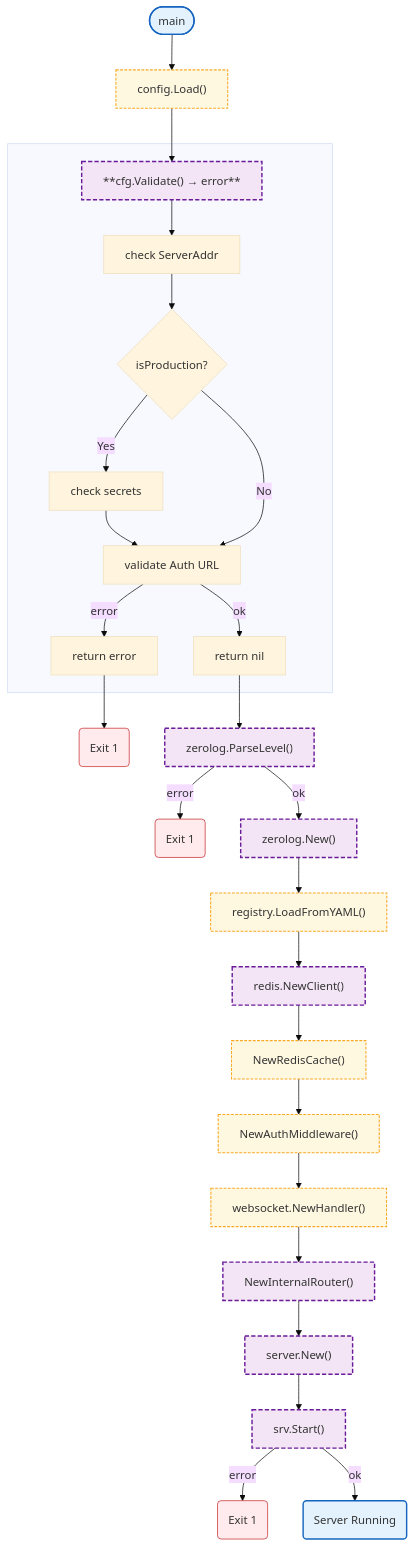
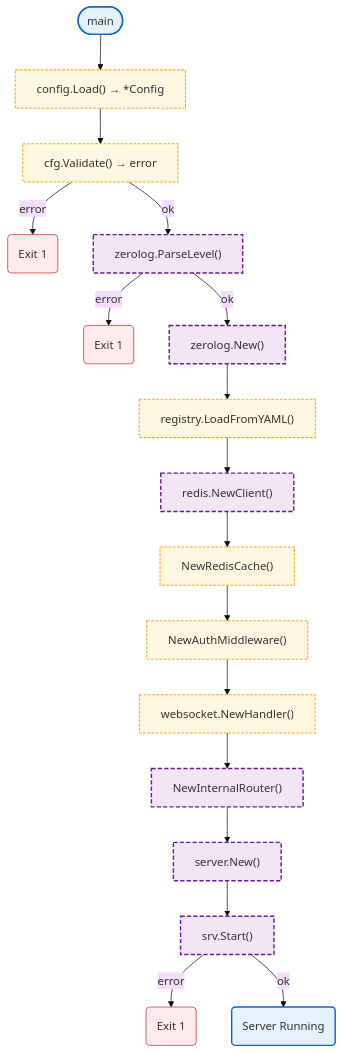
One commit to radch-ai/ava changed the diagram in docs/cmd/gateway.md. Above: the diagram before and after it, drawn with Mermaid (base theme). The commit also changed other lines of this file and 36 other files, not shown here.

First line of the commit message:
refactor: remove auth service references, make redis required

````diff
--- a/docs/cmd/gateway.md
+++ b/docs/cmd/gateway.md
@@ -7,47 +7,36 @@
 ```mermaid
 flowchart TB
-    Start([main]) --> LoadCfg["config.Load()"]
-    LoadCfg --> HValidate
-
-    subgraph SGValidate [" "]
-        HValidate["**cfg.Validate() → error**"]
-        HValidate --> CheckAddr["check ServerAddr"]
-        CheckAddr --> CheckProd{isProduction?}
-        CheckProd -->|Yes| CheckSecrets["check secrets"]
-        CheckSecrets --> CheckURL["validate Auth URL"]
-        CheckProd -->|No| CheckURL
-        CheckURL -->|ok| ValidNil["return nil"]
-        CheckURL -->|error| ValidErr["return error"]
-    end
-
-    ValidErr --> Exit1("Exit 1")
-    ValidNil --> ParseLevel["zerolog.ParseLevel()"]
+    Start([main]) --> LoadCfg["config.Load() → *Config"]
+    LoadCfg --> ValidateCfg["cfg.Validate() → error"]
+    ValidateCfg -->|error| Exit1("Exit 1")
+    ValidateCfg -->|ok| ParseLevel["zerolog.ParseLevel()"]
     ParseLevel -->|error| Exit2("Exit 1")
     ParseLevel -->|ok| CreateLogger["zerolog.New()"]
     CreateLogger --> LoadModels["registry.LoadFromYAML()"]
     LoadModels --> InitRedis["redis.NewClient()"]
     InitRedis --> CreateCache["NewRedisCache()"]
     CreateCache --> CreateAuthMW["NewAuthMiddleware()"]
     CreateAuthMW --> CreateWS["websocket.NewHandler()"]
     CreateWS --> CreateInternal["NewInternalRouter()"]
     CreateInternal --> CreateServer["server.New()"]
     CreateServer --> StartServer["srv.Start()"]
     StartServer -->|error| Exit3("Exit 1")
     StartServer -->|ok| Running("Server Running")
 
     click LoadCfg href "../config/README.md"
+    click ValidateCfg href "../config/README.md"
     click LoadModels href "../internal/llm-proxy/models.md"
     click CreateCache href "../internal/server/README.md"
     click CreateAuthMW href "../internal/server/README.md"
     click CreateWS href "../internal/websocket.md"
 
     classDef mainFn fill:#e3f2fd,stroke:#1565c0,stroke-width:2px
     classDef internalFn fill:#f3e5f5,stroke:#6a1b9a,stroke-width:2px,stroke-dasharray:6 3
     classDef localPkgs fill:#fff8e1,stroke:#f9a825,stroke-width:1.5px,stroke-dasharray:4 2
     classDef errorFlow fill:#ffebee,stroke:#c62828,stroke-width:1px
 
     class Start,Running mainFn
     class Exit1,Exit2,Exit3 errorFlow
-    class LoadCfg,LoadModels,CreateCache,CreateAuthMW,CreateWS localPkgs
-    class HValidate,ParseLevel,CreateLogger,InitRedis,CreateInternal,CreateServer,StartServer internalFn
+    class LoadCfg,ValidateCfg,LoadModels,CreateCache,CreateAuthMW,CreateWS localPkgs
+    class ParseLevel,CreateLogger,InitRedis,CreateInternal,CreateServer,StartServer internalFn
 ```
````
